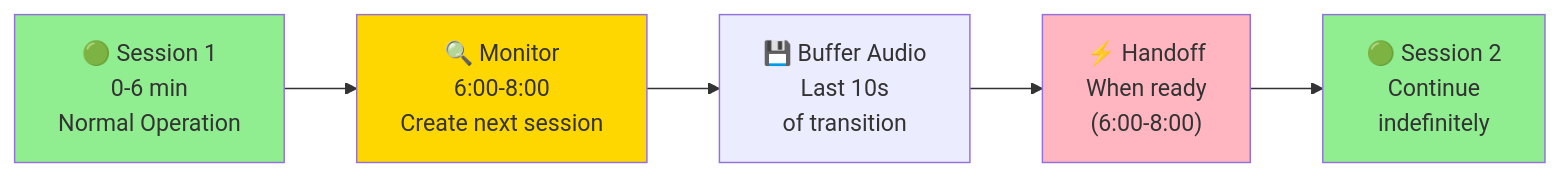
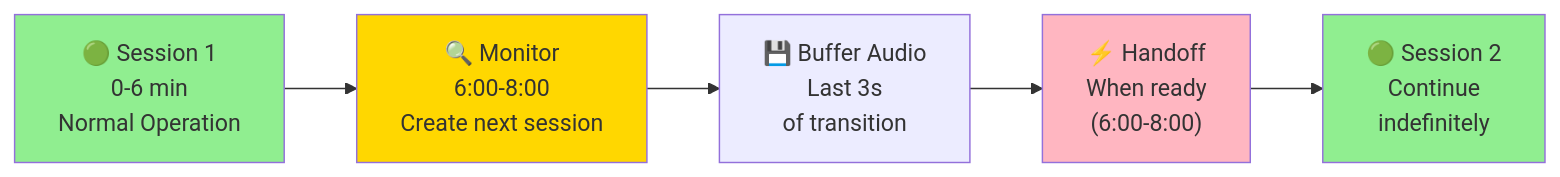
The first of 3 diagrams in speech-to-speech/amazon-nova-2-sonic/repeatable-patterns/session-continuation/console-python/README.md (aws-samples/amazon-nova-samples), drawn with Mermaid before and after one commit. The commit also changed other lines of this file and 3 other files, not shown here.

````diff
--- a/speech-to-speech/amazon-nova-2-sonic/repeatable-patterns/session-continuation/console-python/README.md
+++ b/speech-to-speech/amazon-nova-2-sonic/repeatable-patterns/session-continuation/console-python/README.md
@@ -18,12 +18,12 @@
 ```mermaid
 graph LR
     A["🟢 Session 1<br/>0-6 min<br/>Normal Operation"] --> B["🔍 Monitor<br/>6:00-8:00<br/>Create next session"]
-    B --> C["💾 Buffer Audio<br/>Last 10s<br/>of transition"]
+    B --> C["💾 Buffer Audio<br/>Last 3s<br/>of transition"]
     C --> D["⚡ Handoff<br/>When ready<br/>(6:00-8:00)"]
     D --> E["🟢 Session 2<br/>Continue<br/>indefinitely"]
 
     style A fill:#90EE90
     style E fill:#90EE90
     style B fill:#FFD700
     style D fill:#FFB6C1
 ```
````
